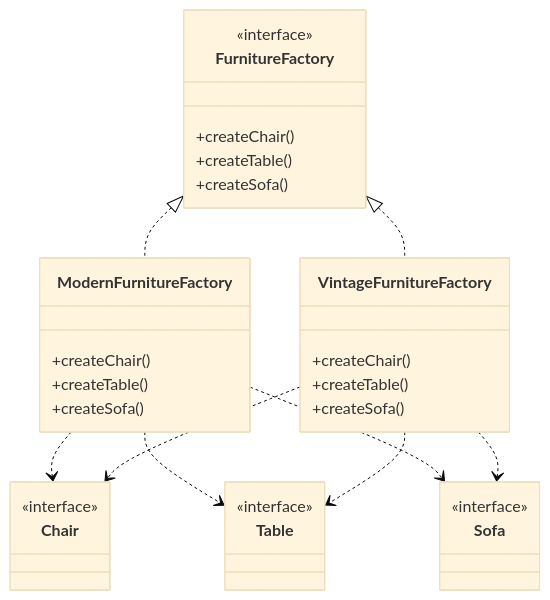
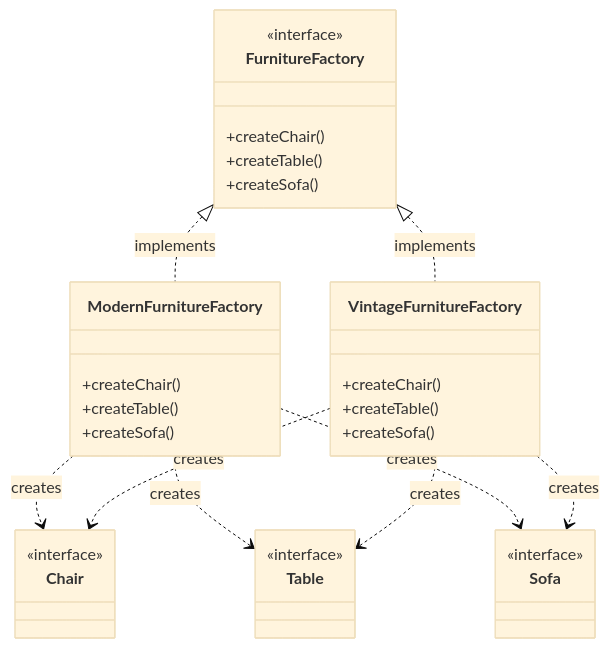
Before and after one commit to TechFille006/OOP: the third of 8 diagrams in design_patterns.md, drawn with Mermaid (base theme). The commit also changed other lines of this file, not shown here.

````diff
--- a/design_patterns.md
+++ b/design_patterns.md
@@ -80,36 +80,36 @@
 ```mermaid
 classDiagram
     class FurnitureFactory {
         <<interface>>
         +createChair()
         +createTable()
         +createSofa()
     }
     class ModernFurnitureFactory {
         +createChair()
         +createTable()
         +createSofa()
     }
     class VintageFurnitureFactory {
         +createChair()
         +createTable()
         +createSofa()
     }
     class Chair {
         <<interface>>
     }
     class Table {
         <<interface>>
     }
     class Sofa {
         <<interface>>
     }
-    FurnitureFactory <|.. ModernFurnitureFactory
-    FurnitureFactory <|.. VintageFurnitureFactory
-    ModernFurnitureFactory ..> Chair
-    ModernFurnitureFactory ..> Table
-    ModernFurnitureFactory ..> Sofa
-    VintageFurnitureFactory ..> Chair
-    VintageFurnitureFactory ..> Table
-    VintageFurnitureFactory ..> Sofa
+    FurnitureFactory <|.. ModernFurnitureFactory : implements
+    FurnitureFactory <|.. VintageFurnitureFactory : implements
+    ModernFurnitureFactory ..> Chair : creates
+    ModernFurnitureFactory ..> Table : creates
+    ModernFurnitureFactory ..> Sofa : creates
+    VintageFurnitureFactory ..> Chair : creates
+    VintageFurnitureFactory ..> Table : creates
+    VintageFurnitureFactory ..> Sofa : creates
 ```
````
